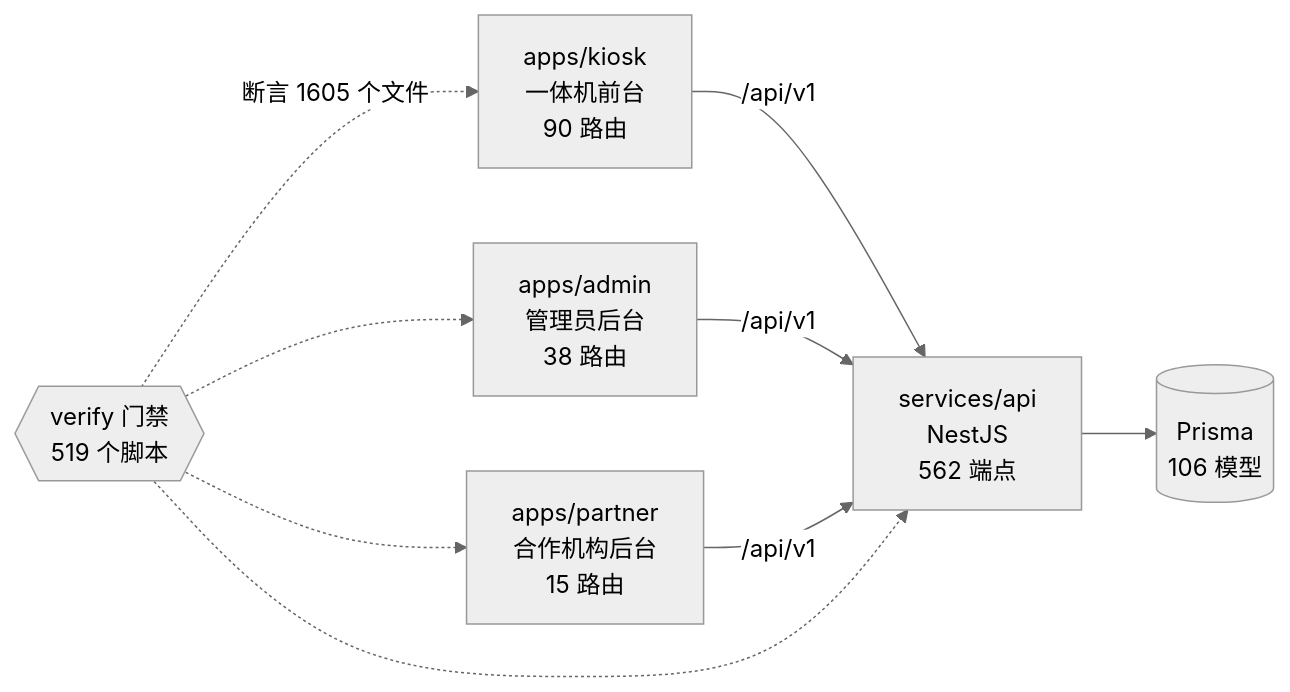
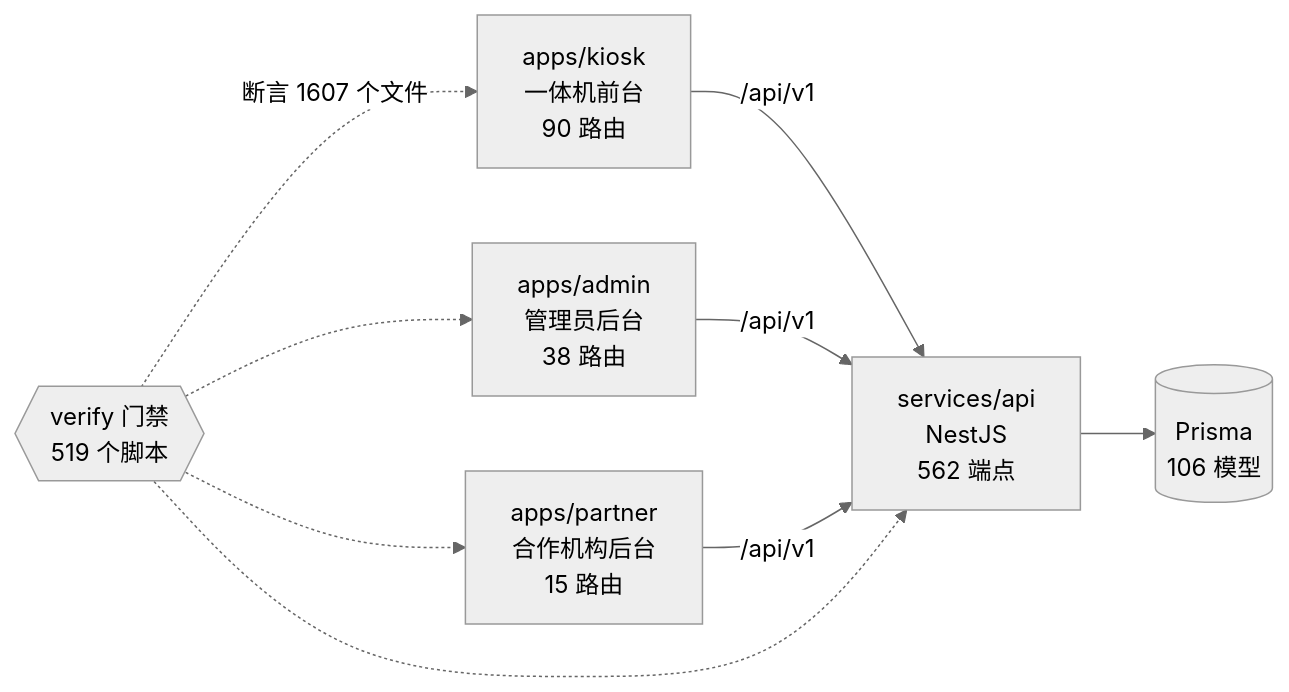
The diagram in docs/graph/README.md (wanglei581/YITIJI), drawn with Mermaid (neutral theme) before and after one commit. The commit also changed other lines of this file and 37 other files, not shown here.

````diff
--- a/docs/graph/README.md
+++ b/docs/graph/README.md
@@ -68,18 +68,18 @@
 ```mermaid
 flowchart LR
   kiosk["apps/kiosk<br/>一体机前台<br/>90 路由"]
   admin["apps/admin<br/>管理员后台<br/>38 路由"]
   partner["apps/partner<br/>合作机构后台<br/>15 路由"]
   api["services/api<br/>NestJS<br/>562 端点"]
   db[("Prisma<br/>106 模型")]
   gates{{"verify 门禁<br/>519 个脚本"}}
 
   kiosk -->|"/api/v1"| api
   admin -->|"/api/v1"| api
   partner -->|"/api/v1"| api
   api --> db
-  gates -.->|"断言 1605 个文件"| kiosk
+  gates -.->|"断言 1607 个文件"| kiosk
   gates -.-> admin
   gates -.-> partner
   gates -.-> api
 ```
````
